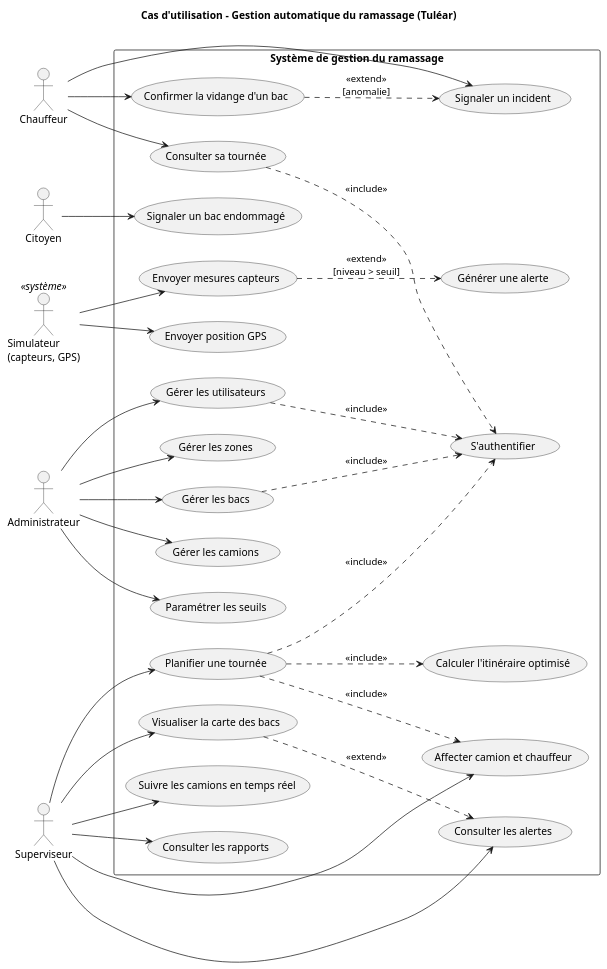
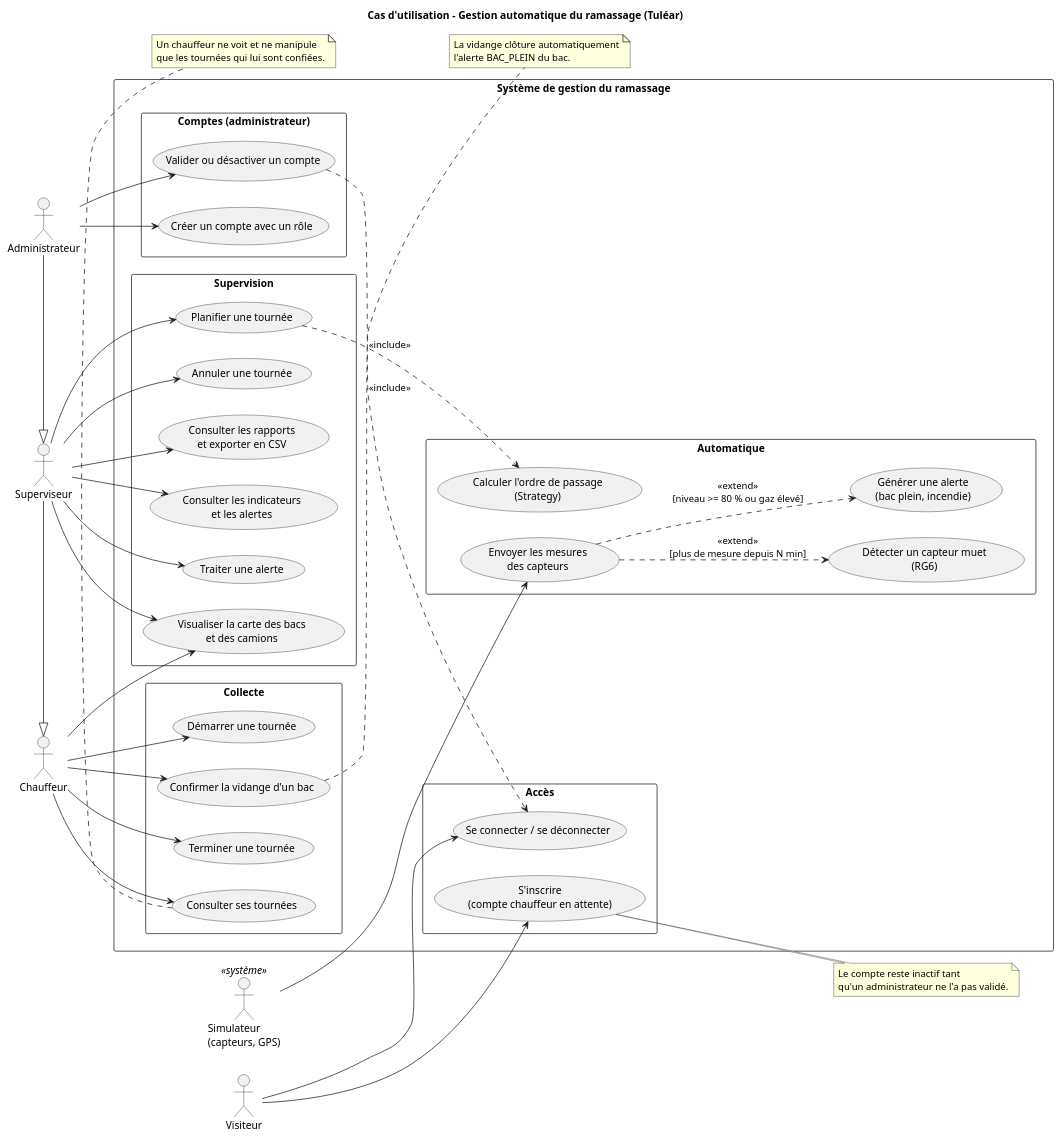
One commit to Saf-HASINIAINA/bac_d_ordure changed the diagram in docs/uml/cas_utilisation.puml. Above: the diagram before and after it, drawn with PlantUML. The commit also changed 22 other files, not shown here.

First line of the commit message:
Met à jour l'UML et la documentation d'après le code réel

```diff
--- a/docs/uml/cas_utilisation.puml
+++ b/docs/uml/cas_utilisation.puml
@@ -1,66 +1,79 @@
 @startuml cas_utilisation
 title Cas d'utilisation - Gestion automatique du ramassage (Tuléar)
 left to right direction
+skinparam shadowing false
 skinparam packageStyle rectangle
 
+actor "Visiteur" as Vis
 actor "Administrateur" as Admin
 actor "Superviseur" as Sup
 actor "Chauffeur" as Chauf
-actor "Citoyen" as Cit
 actor "Simulateur\n(capteurs, GPS)" as Sim <<système>>
+Admin -|> Sup
+Sup -|> Chauf
 
 rectangle "Système de gestion du ramassage" {
-  usecase "S'authentifier" as UC0
-  usecase "Gérer les utilisateurs" as UC1
-  usecase "Gérer les zones" as UC2
-  usecase "Gérer les bacs" as UC3
-  usecase "Gérer les camions" as UC4
-  usecase "Paramétrer les seuils" as UC5
-
-  usecase "Visualiser la carte des bacs" as UC6
-  usecase "Consulter les alertes" as UC7
-  usecase "Planifier une tournée" as UC8
-  usecase "Affecter camion et chauffeur" as UC9
-  usecase "Suivre les camions en temps réel" as UC10
-  usecase "Consulter les rapports" as UC11
-
-  usecase "Consulter sa tournée" as UC12
-  usecase "Confirmer la vidange d'un bac" as UC13
-  usecase "Signaler un incident" as UC14
-
-  usecase "Signaler un bac endommagé" as UC15
-
-  usecase "Envoyer mesures capteurs" as UC16
-  usecase "Envoyer position GPS" as UC17
-  usecase "Générer une alerte" as UC18
-  usecase "Calculer l'itinéraire optimisé" as UC19
+  package "Accès" {
+    usecase "S'inscrire\n(compte chauffeur en attente)" as UC_ins
+    usecase "Se connecter / se déconnecter" as UC_con
+  }
+  package "Comptes (administrateur)" {
+    usecase "Valider ou désactiver un compte" as UC_val
+    usecase "Créer un compte avec un rôle" as UC_cre
+  }
+  package "Supervision" {
+    usecase "Visualiser la carte des bacs\net des camions" as UC_carte
+    usecase "Consulter les indicateurs\net les alertes" as UC_alertes
+    usecase "Traiter une alerte" as UC_traiter
+    usecase "Planifier une tournée" as UC_plan
+    usecase "Annuler une tournée" as UC_ann
+    usecase "Consulter les rapports\net exporter en CSV" as UC_rapport
+  }
+  package "Collecte" {
+    usecase "Consulter ses tournées" as UC_mes
+    usecase "Démarrer une tournée" as UC_dem
+    usecase "Confirmer la vidange d'un bac" as UC_vid
+    usecase "Terminer une tournée" as UC_ter
+  }
+  package "Automatique" {
+    usecase "Envoyer les mesures\ndes capteurs" as UC_mesures
+    usecase "Générer une alerte\n(bac plein, incendie)" as UC_gen
+    usecase "Détecter un capteur muet\n(RG6)" as UC_panne
+    usecase "Calculer l'ordre de passage\n(Strategy)" as UC_ordre
+  }
 }
 
-Admin --> UC1
-Admin --> UC2
-Admin --> UC3
-Admin --> UC4
-Admin --> UC5
-Sup --> UC6
-Sup --> UC7
-Sup --> UC8
-Sup --> UC9
-Sup --> UC10
-Sup --> UC11
-Chauf --> UC12
-Chauf --> UC13
-Chauf --> UC14
-Cit --> UC15
-Sim --> UC16
-Sim --> UC17
+Vis --> UC_ins
+Vis --> UC_con
+Admin --> UC_val
+Admin --> UC_cre
+Sup --> UC_carte
+Sup --> UC_alertes
+Sup --> UC_traiter
+Sup --> UC_plan
+Sup --> UC_ann
+Sup --> UC_rapport
+Chauf --> UC_mes
+Chauf --> UC_dem
+Chauf --> UC_vid
+Chauf --> UC_ter
+Chauf --> UC_carte
+Sim --> UC_mesures
 
-UC1 ..> UC0 : <<include>>
-UC3 ..> UC0 : <<include>>
-UC8 ..> UC0 : <<include>>
-UC12 ..> UC0 : <<include>>
-UC8 ..> UC19 : <<include>>
-UC16 ..> UC18 : <<extend>>\n[niveau > seuil]
-UC13 ..> UC14 : <<extend>>\n[anomalie]
-UC8 ..> UC9 : <<include>>
-UC6 ..> UC7 : <<extend>>
+UC_val ..> UC_con : <<include>>
+UC_plan ..> UC_ordre : <<include>>
+UC_mesures ..> UC_gen : <<extend>>\n[niveau >= 80 % ou gaz élevé]
+UC_mesures ..> UC_panne : <<extend>>\n[plus de mesure depuis N min]
+note right of UC_ins
+  Le compte reste inactif tant
+  qu'un administrateur ne l'a pas validé.
+end note
+note right of UC_vid
+  La vidange clôture automatiquement
+  l'alerte BAC_PLEIN du bac.
+end note
+note bottom of UC_mes
+  Un chauffeur ne voit et ne manipule
+  que les tournées qui lui sont confiées.
+end note
 @enduml
```
